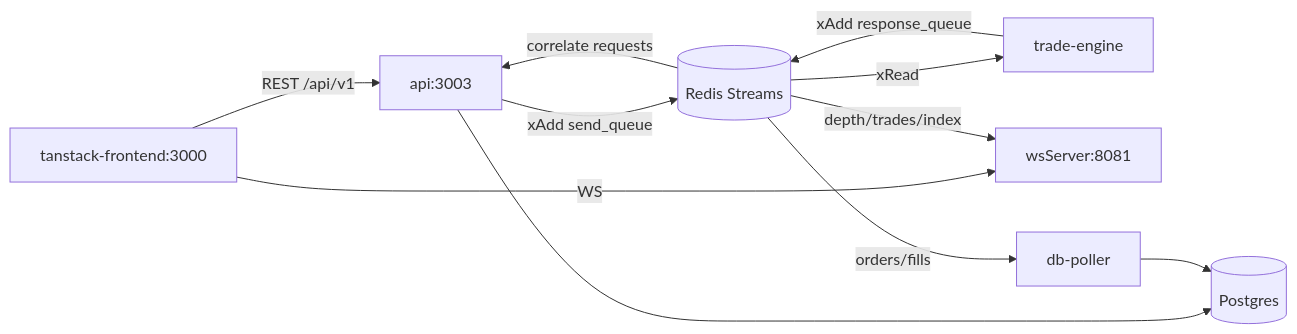
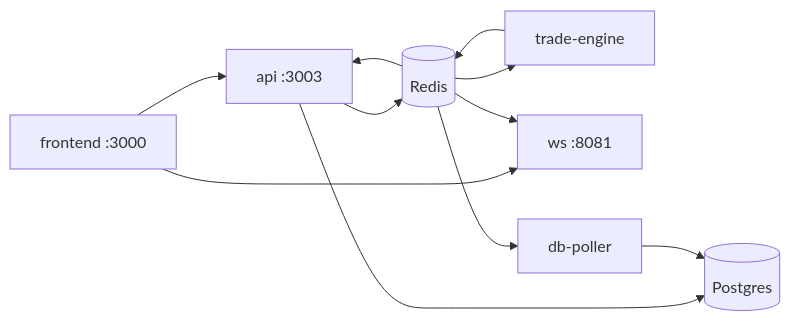
Before and after one commit to vinaybadgujar102/perps: the diagram in README.md, drawn with Mermaid. The commit also changed other lines of this file and 14 other files, not shown here.

````diff
--- a/README.md
+++ b/README.md
@@ -47,21 +40,21 @@
 ```mermaid
 flowchart LR
-  FE[tanstack-frontend:3000]
-  API[api:3003]
+  FE[frontend :3000]
+  API[api :3003]
   TE[trade-engine]
-  WS[wsServer:8081]
+  WS[ws :8081]
   DBP[db-poller]
-  R[(Redis Streams)]
+  R[(Redis)]
   PG[(Postgres)]
 
-  FE -->|REST /api/v1| API
-  FE -->|WS| WS
-  API -->|xAdd send_queue| R
-  R -->|xRead| TE
-  TE -->|xAdd response_queue| R
-  R -->|correlate requests| API
-  R -->|depth/trades/index| WS
-  R -->|orders/fills| DBP
+  FE --> API
+  FE --> WS
+  API --> R
+  R --> TE
+  TE --> R
+  R --> API
+  R --> WS
+  R --> DBP
   API --> PG
   DBP --> PG
 ```
````
